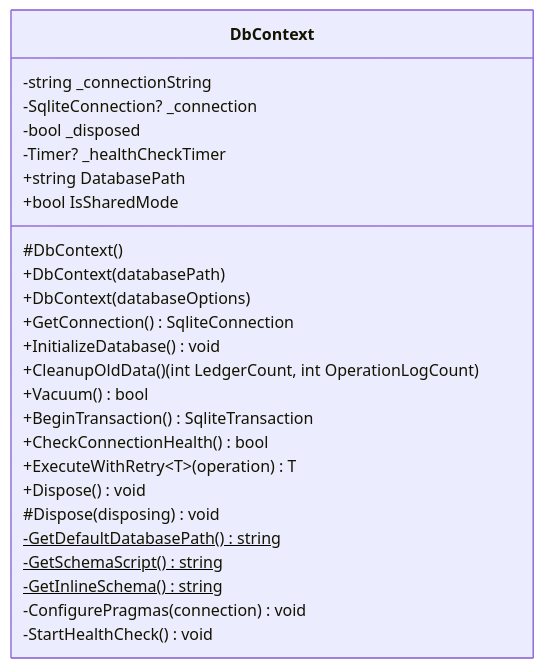
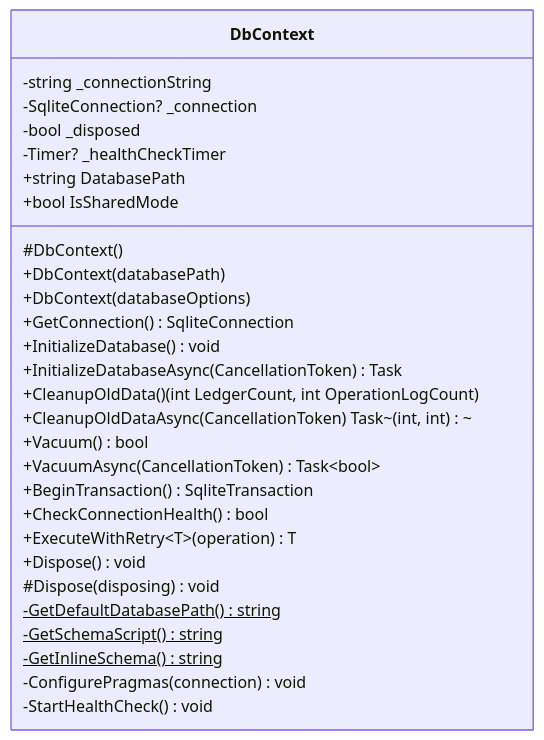
Before and after one commit to kuwayamamasayuki/ICCardManager: the seventh of 43 diagrams in ICCardManager/docs/design/05_クラス設計書.md, drawn with Mermaid. The commit also changed other lines of this file and 4 other files, not shown here.

````diff
--- a/ICCardManager/docs/design/05_クラス設計書.md
+++ b/ICCardManager/docs/design/05_クラス設計書.md
@@ -471,28 +471,31 @@
 ```mermaid
 classDiagram
     class DbContext {
         -string _connectionString
         -SqliteConnection? _connection
         -bool _disposed
         -Timer? _healthCheckTimer
         +string DatabasePath
         +bool IsSharedMode
         #DbContext()
         +DbContext(databasePath)
         +DbContext(databaseOptions)
         +GetConnection() SqliteConnection
         +InitializeDatabase() void
+        +InitializeDatabaseAsync(CancellationToken) Task
         +CleanupOldData() (int LedgerCount, int OperationLogCount)
+        +CleanupOldDataAsync(CancellationToken) Task~(int, int)~
         +Vacuum() bool
+        +VacuumAsync(CancellationToken) Task~bool~
         +BeginTransaction() SqliteTransaction
         +CheckConnectionHealth() bool
         +ExecuteWithRetry~T~(operation) T
         +Dispose() void
         #Dispose(disposing) void
         -GetDefaultDatabasePath()$ string
         -GetSchemaScript()$ string
         -GetInlineSchema()$ string
         -ConfigurePragmas(connection) void
         -StartHealthCheck() void
     }
 ```
````
